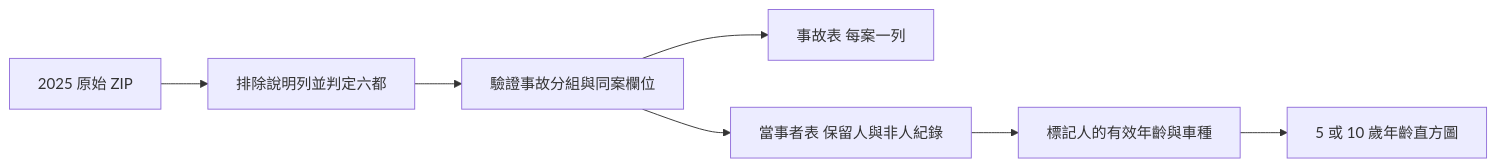
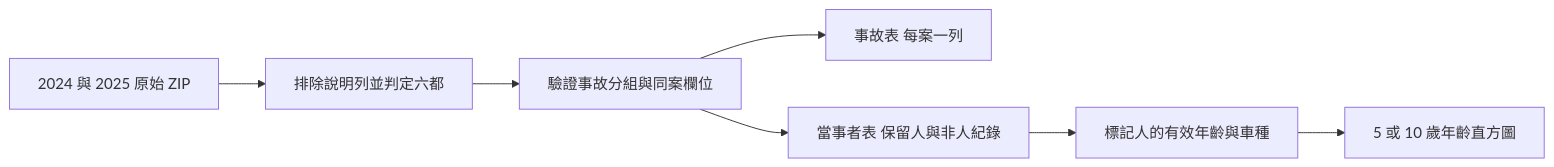
The diagram in docs/a_report.md (Cammie0621/Traffic-Accident), drawn with Mermaid before and after one commit. The commit also changed other lines of this file and 10 other files, not shown here.

````diff
--- a/docs/a_report.md
+++ b/docs/a_report.md
@@ -22,9 +22,9 @@
 ```mermaid
 flowchart LR
-    A[2025 原始 ZIP] --> B[排除說明列並判定六都]
+    A[2024 與 2025 原始 ZIP] --> B[排除說明列並判定六都]
     B --> C[驗證事故分組與同案欄位]
     C --> D[事故表 每案一列]
     C --> E[當事者表 保留人與非人紀錄]
     E --> F[標記人的有效年齡與車種]
     F --> G[5 或 10 歲年齡直方圖]
 ```
````
